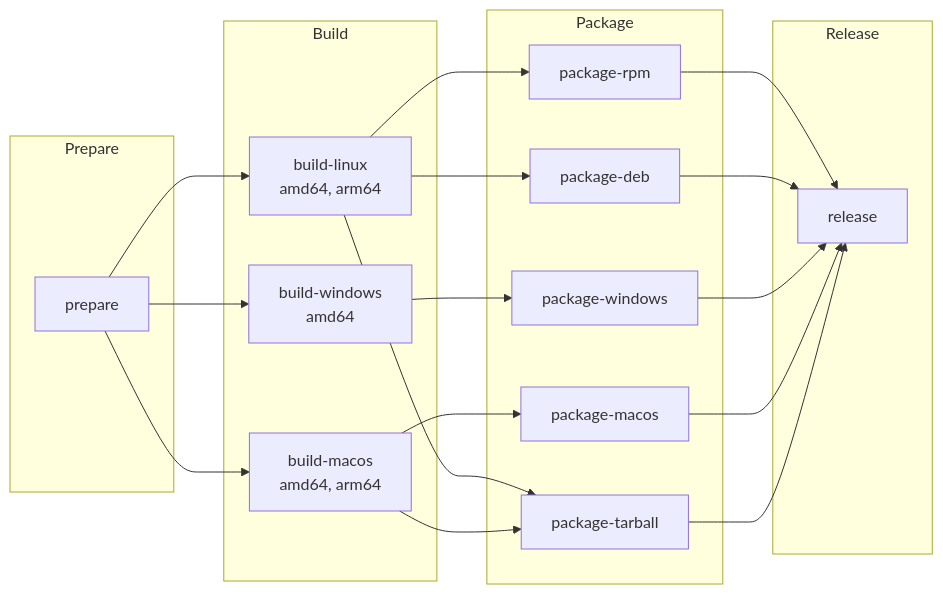
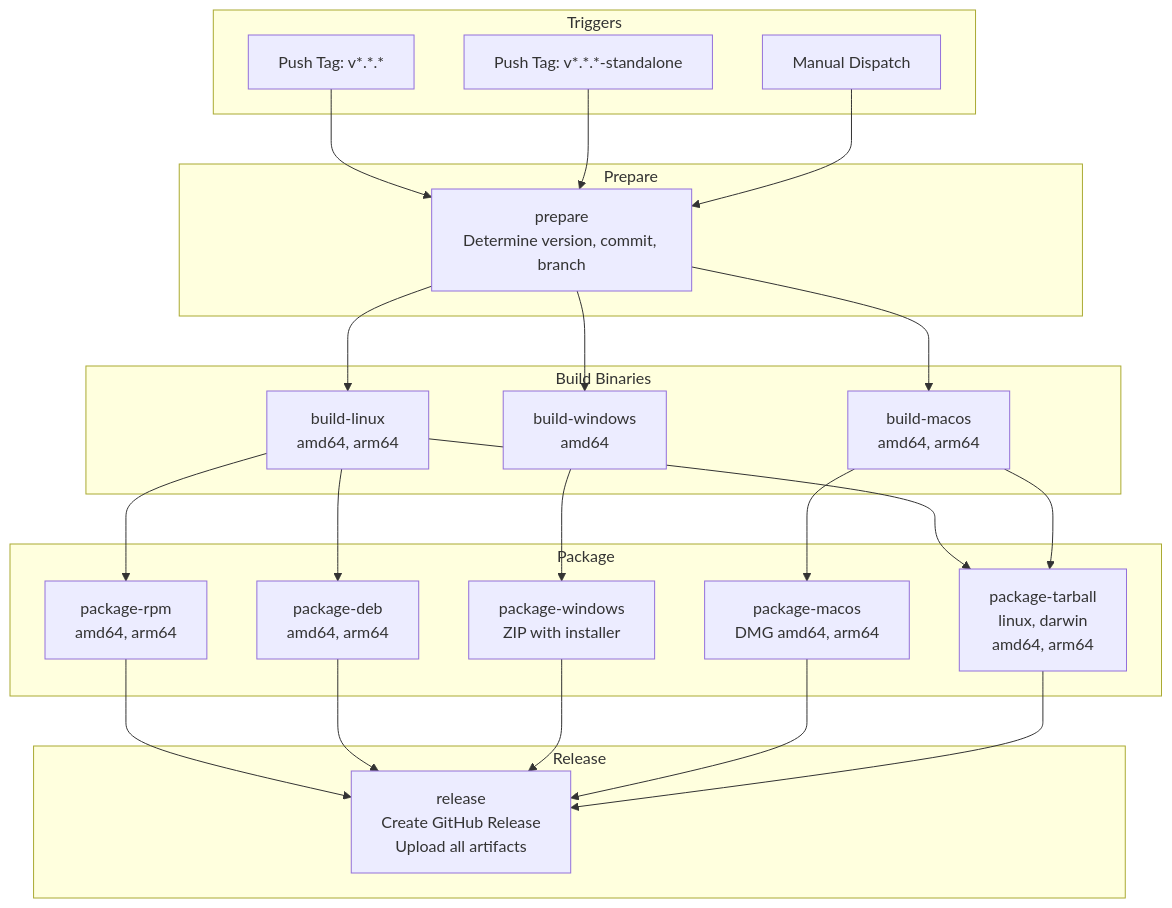
Before and after one commit to telemetryflow/telemetryflow-collector: the sixth of 21 diagrams in docs/GITHUB-WORKFLOWS.md, drawn with Mermaid. The commit also changed other lines of this file and 35 other files, not shown here.

````diff
--- a/docs/GITHUB-WORKFLOWS.md
+++ b/docs/GITHUB-WORKFLOWS.md
@@ -379,41 +174,51 @@
 ```mermaid
-flowchart LR
-    subgraph Prepare
-        A[prepare]
+flowchart TD
+    subgraph "Triggers"
+        T1[Push Tag: v*.*.*]
+        T2[Push Tag: v*.*.*-standalone]
+        T3[Manual Dispatch]
     end
 
-    subgraph Build
-        B1[build-linux<br/>amd64, arm64]
-        B2[build-windows<br/>amd64]
-        B3[build-macos<br/>amd64, arm64]
+    subgraph "Prepare"
+        P[prepare<br/>Determine version, commit, branch]
     end
 
-    subgraph Package
-        P1[package-rpm]
-        P2[package-deb]
-        P3[package-windows]
-        P4[package-macos]
-        P5[package-tarball]
+    subgraph "Build Binaries"
+        BL[build-linux<br/>amd64, arm64]
+        BW[build-windows<br/>amd64]
+        BM[build-macos<br/>amd64, arm64]
     end
 
-    subgraph Release
-        R[release]
+    subgraph "Package"
+        PR[package-rpm<br/>amd64, arm64]
+        PD[package-deb<br/>amd64, arm64]
+        PW[package-windows<br/>ZIP with installer]
+        PM[package-macos<br/>DMG amd64, arm64]
+        PT[package-tarball<br/>linux, darwin<br/>amd64, arm64]
     end
 
-    A --> B1
-    A --> B2
-    A --> B3
+    subgraph "Release"
+        R[release<br/>Create GitHub Release<br/>Upload all artifacts]
+    end
 
-    B1 --> P1
-    B1 --> P2
-    B1 --> P5
-    B2 --> P3
-    B3 --> P4
-    B3 --> P5
+    T1 --> P
+    T2 --> P
+    T3 --> P
 
-    P1 --> R
-    P2 --> R
-    P3 --> R
-    P4 --> R
-    P5 --> R
+    P --> BL
+    P --> BW
+    P --> BM
+
+    BL --> PR
+    BL --> PD
+    BL --> PT
+    BW --> PW
+    BM --> PM
+    BM --> PT
+
+    PR --> R
+    PD --> R
+    PW --> R
+    PM --> R
+    PT --> R
 ```
````
